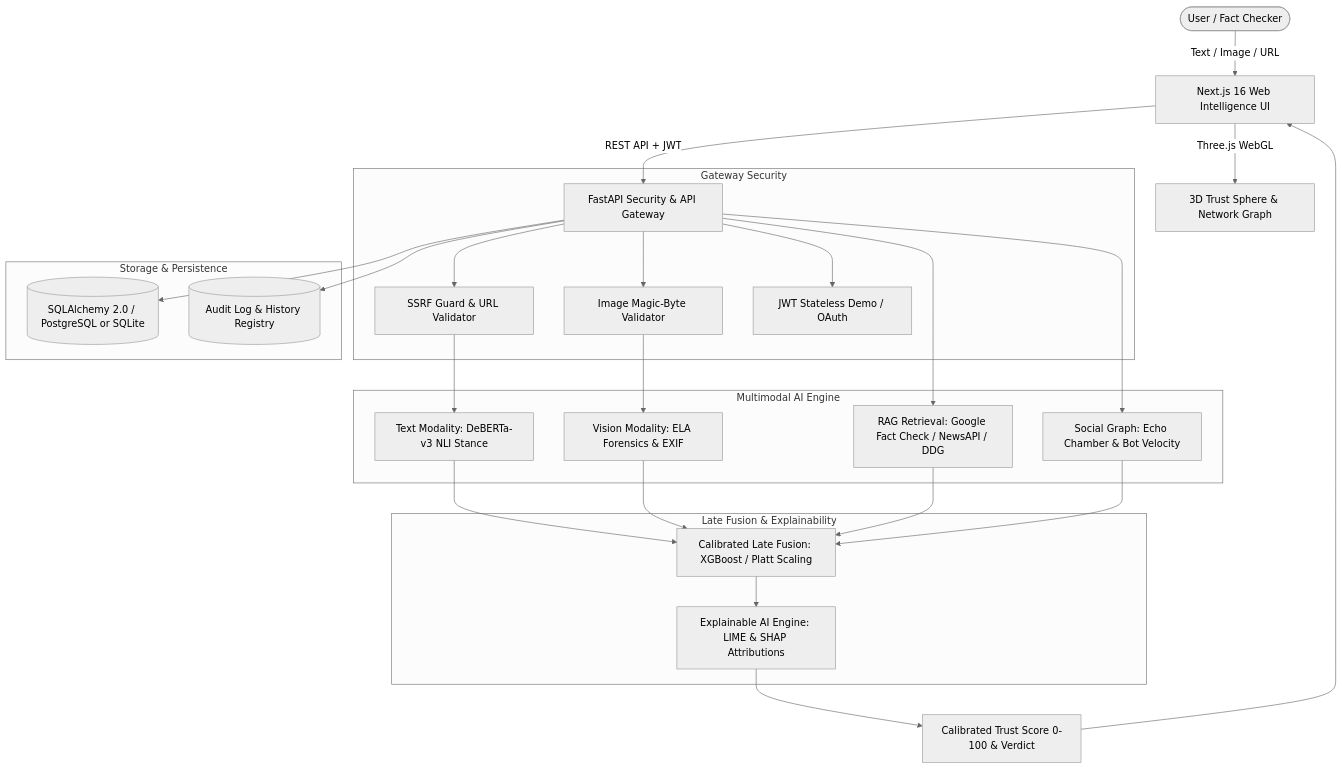
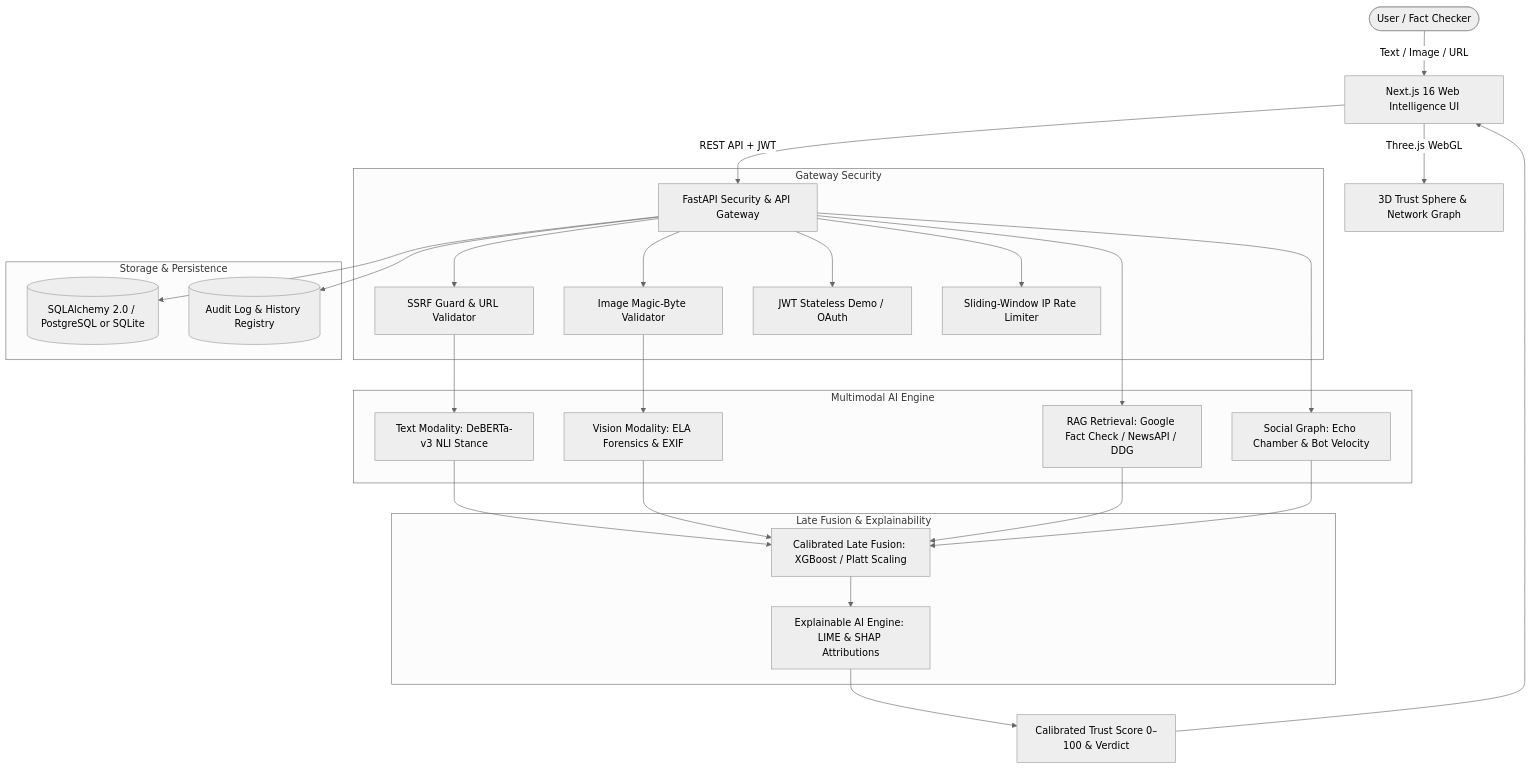
Before and after one commit to rohithyadavmeegada/verifact-web: the diagram in README.md, drawn with Mermaid (neutral theme). The commit also changed other lines of this file and 18 other files, not shown here.

````diff
--- a/README.md
+++ b/README.md
@@ -17,35 +17,36 @@
 ```mermaid
 graph TD
     User([User / Fact Checker]) -->|Text / Image / URL| Frontend[Next.js 16 Web Intelligence UI]
     Frontend -->|Three.js WebGL| Sphere[3D Trust Sphere & Network Graph]
     Frontend -->|REST API + JWT| Gateway[FastAPI Security & API Gateway]
     
     subgraph Gateway Security
         Gateway --> SSRF[SSRF Guard & URL Validator]
         Gateway --> MagicBytes[Image Magic-Byte Validator]
         Gateway --> Auth[JWT Stateless Demo / OAuth]
+        Gateway --> RateLimit[Sliding-Window IP Rate Limiter]
     end
 
     subgraph Multimodal AI Engine
         SSRF --> TextNLI[Text Modality: DeBERTa-v3 NLI Stance]
         MagicBytes --> VisionForensics[Vision Modality: ELA Forensics & EXIF]
         Gateway --> RAG[RAG Retrieval: Google Fact Check / NewsAPI / DDG]
         Gateway --> SocialGraph[Social Graph: Echo Chamber & Bot Velocity]
     end
 
     subgraph Late Fusion & Explainability
         TextNLI --> Fusion[Calibrated Late Fusion: XGBoost / Platt Scaling]
         VisionForensics --> Fusion
         RAG --> Fusion
         SocialGraph --> Fusion
         Fusion --> XAI[Explainable AI Engine: LIME & SHAP Attributions]
     end
 
     subgraph Storage & Persistence
         Gateway --> DB[(SQLAlchemy 2.0 / PostgreSQL or SQLite)]
         Gateway --> Audit[(Audit Log & History Registry)]
     end
 
-    XAI --> Response[Calibrated Trust Score 0-100 & Verdict]
+    XAI --> Response[Calibrated Trust Score 0–100 & Verdict]
     Response --> Frontend
 ```
````
